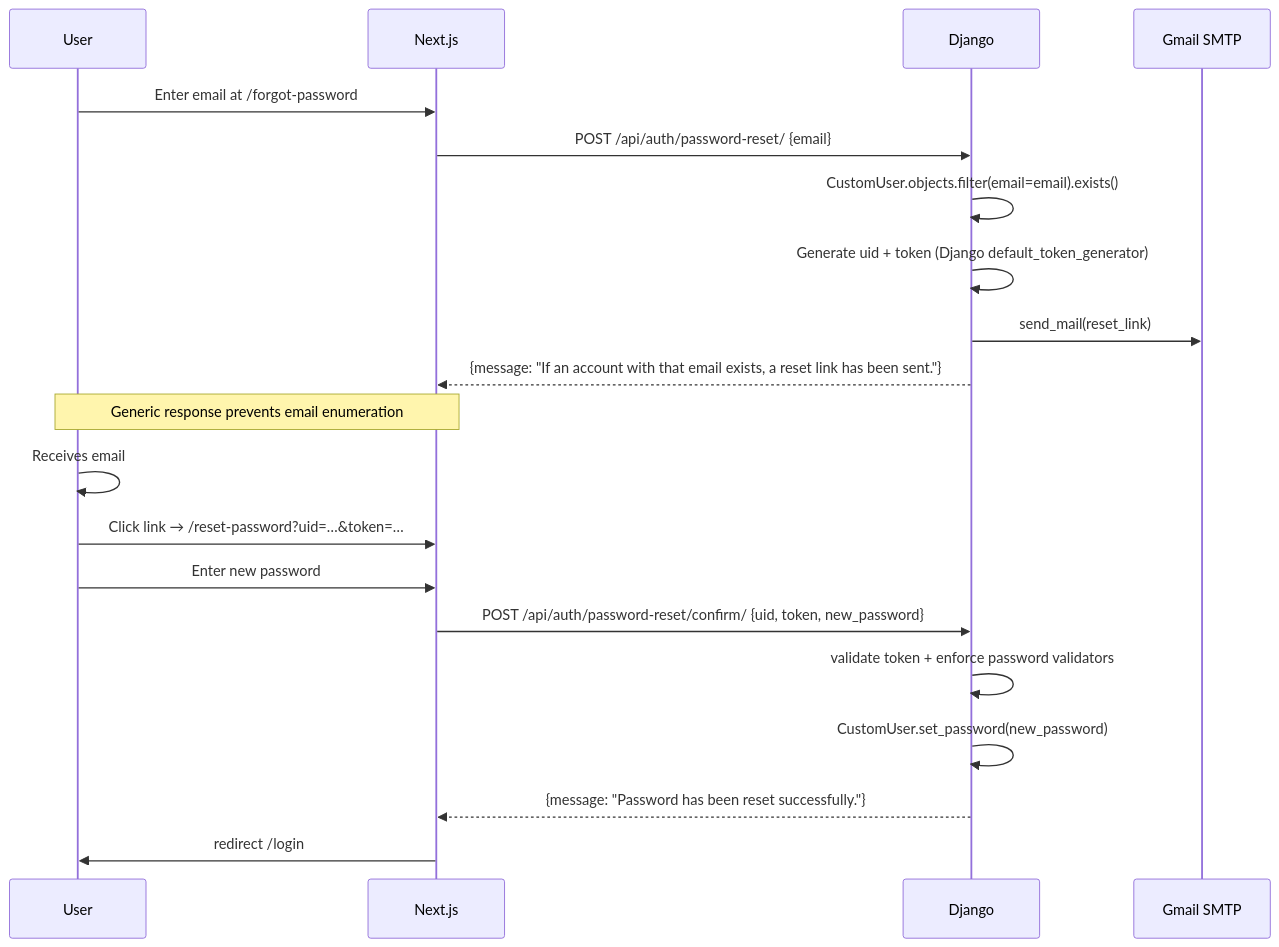
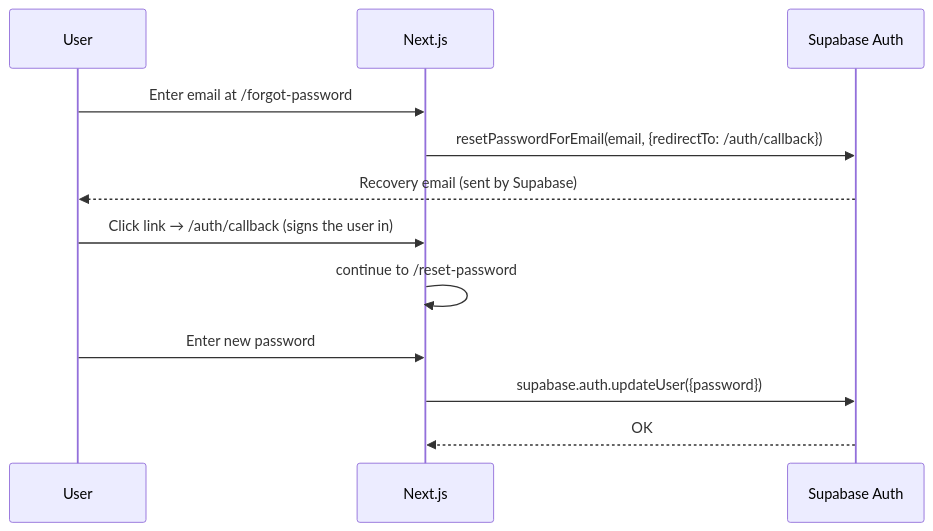
Before and after one commit to Divyanshu1Dubey/Crack_Me_AI: the fifth of 6 diagrams in docs/AUTHENTICATION.md, drawn with Mermaid. The commit also changed other lines of this file and 26 other files, not shown here.

````diff
--- a/docs/AUTHENTICATION.md
+++ b/docs/AUTHENTICATION.md
@@ -380,23 +399,15 @@
 ```mermaid
 sequenceDiagram
     participant U as User
     participant FE as Next.js
-    participant API as Django
-    participant SMTP as Gmail SMTP
+    participant SB as Supabase Auth
 
     U->>FE: Enter email at /forgot-password
-    FE->>API: POST /api/auth/password-reset/ {email}
-    API->>API: CustomUser.objects.filter(email=email).exists()
-    API->>API: Generate uid + token (Django default_token_generator)
-    API->>SMTP: send_mail(reset_link)
-    API-->>FE: {message: "If an account with that email exists, a reset link has been sent."}
-    Note over U,FE: Generic response prevents email enumeration
-    U->>U: Receives email
-    U->>FE: Click link → /reset-password?uid=…&token=…
+    FE->>SB: resetPasswordForEmail(email, {redirectTo: /auth/callback})
+    SB-->>U: Recovery email (sent by Supabase)
+    U->>FE: Click link → /auth/callback (signs the user in)
+    FE->>FE: continue to /reset-password
     U->>FE: Enter new password
-    FE->>API: POST /api/auth/password-reset/confirm/ {uid, token, new_password}
-    API->>API: validate token + enforce password validators
-    API->>API: CustomUser.set_password(new_password)
-    API-->>FE: {message: "Password has been reset successfully."}
-    FE->>U: redirect /login
+    FE->>SB: supabase.auth.updateUser({password})
+    SB-->>FE: OK
 ```
````
